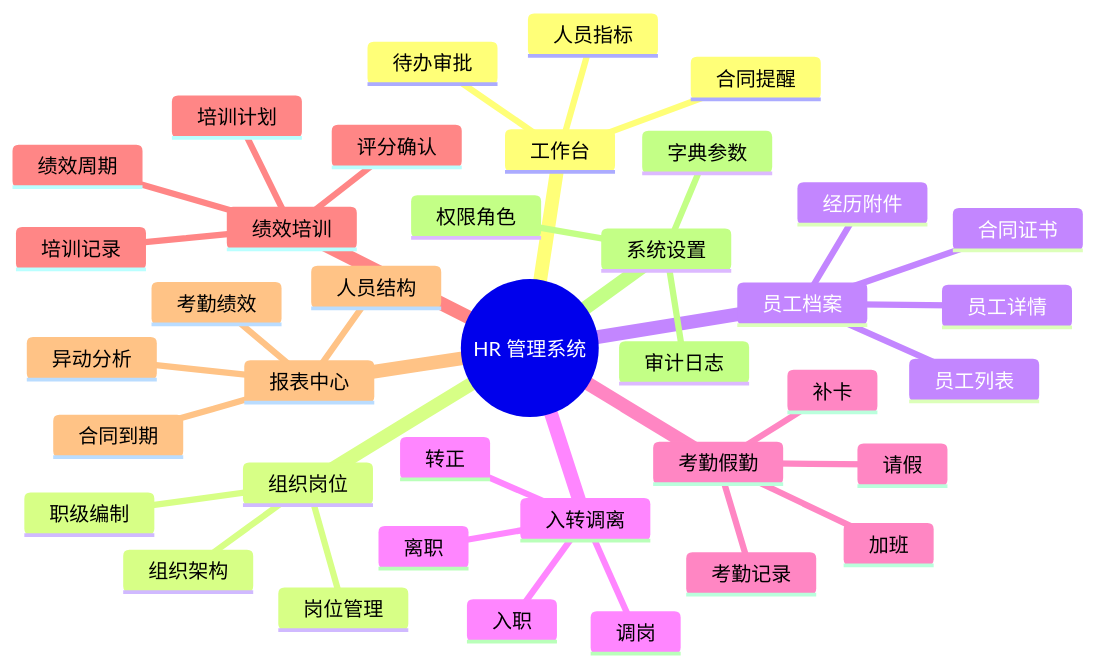
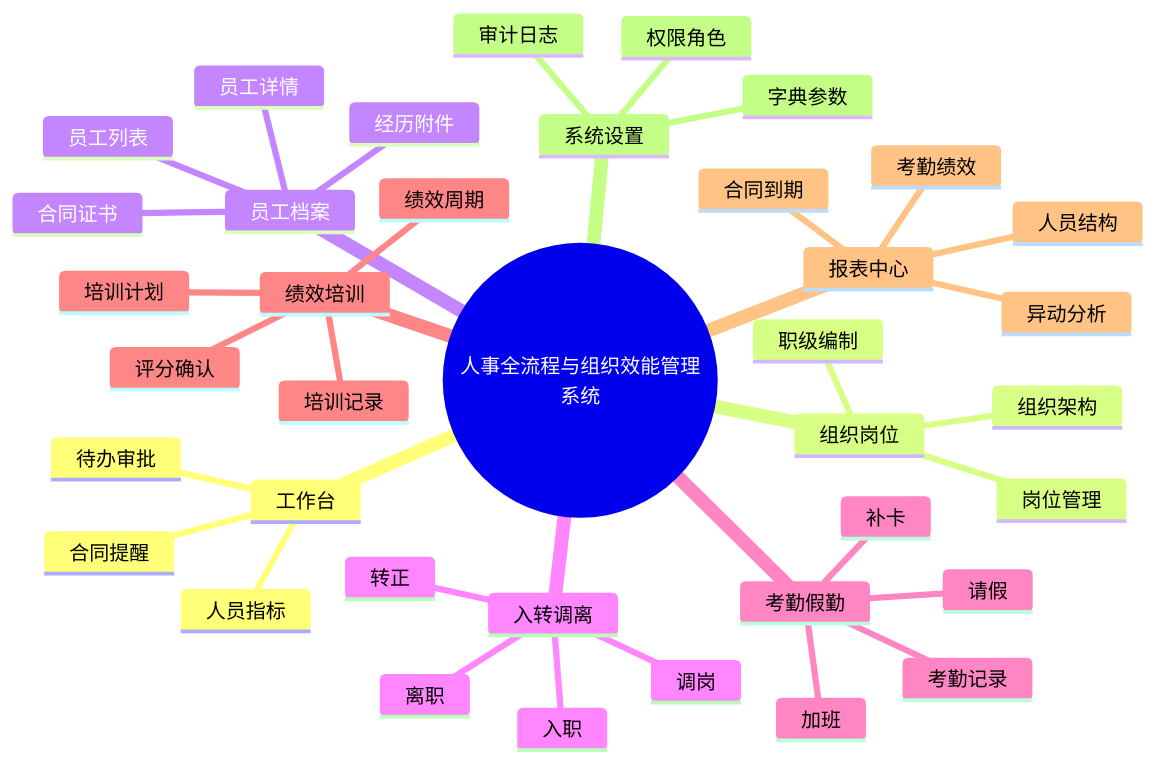
The diagram in docs/design/page-list-and-ux.md (yeeze010/hr-management-system), drawn with Mermaid before and after one commit. The commit also changed 36 other files, not shown here.

````diff
--- a/docs/design/page-list-and-ux.md
+++ b/docs/design/page-list-and-ux.md
@@ -9,41 +9,41 @@
 ```mermaid
 mindmap
-  root((HR 管理系统))
+  root((人事全流程与组织效能管理系统))
     工作台
       待办审批
       合同提醒
       人员指标
     组织岗位
       组织架构
       岗位管理
       职级编制
     员工档案
       员工列表
       员工详情
       合同证书
       经历附件
     入转调离
       入职
       转正
       调岗
       离职
     考勤假勤
       考勤记录
       请假
       加班
       补卡
     绩效培训
       绩效周期
       评分确认
       培训计划
       培训记录
     报表中心
       人员结构
       异动分析
       合同到期
       考勤绩效
     系统设置
       权限角色
       字典参数
       审计日志
 ```
````
